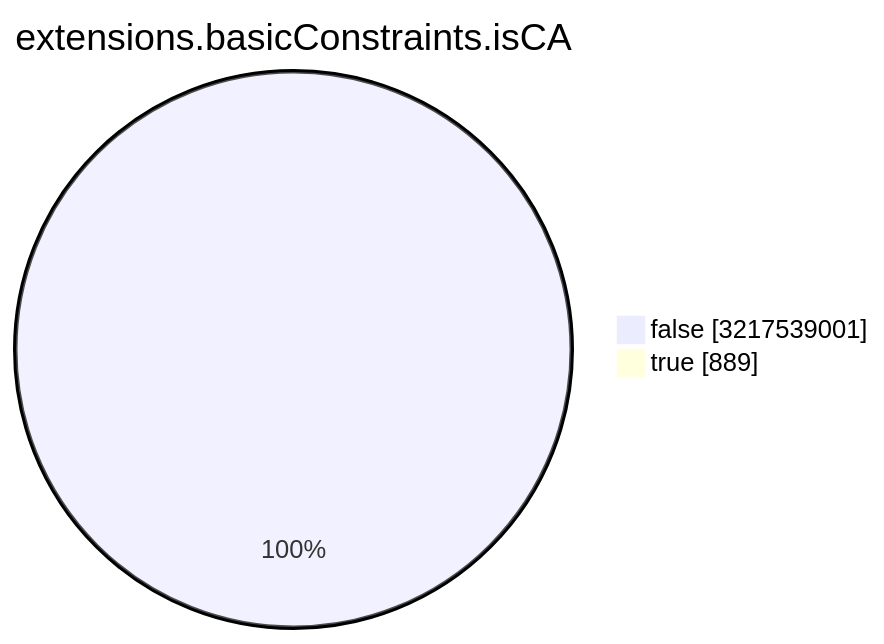
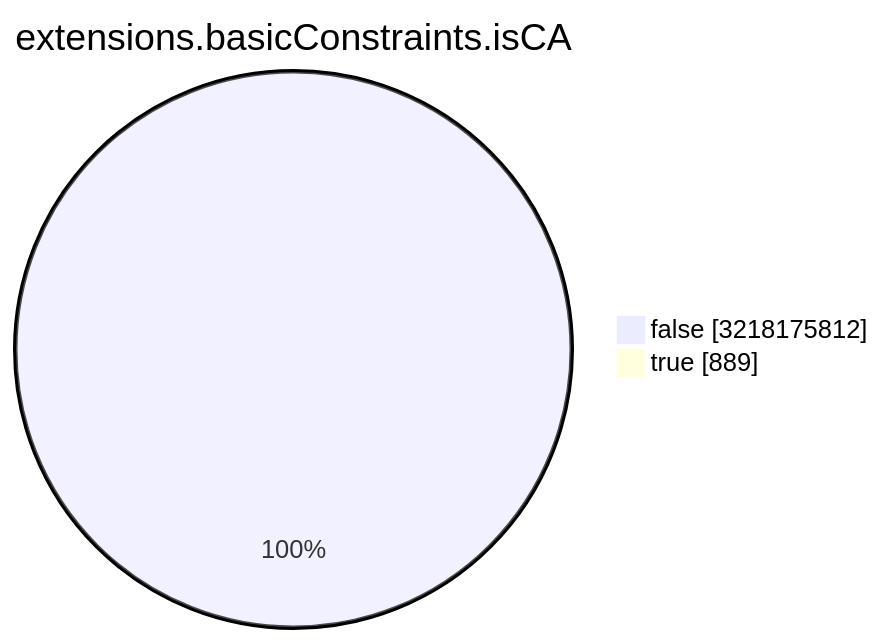
The seventh of 15 diagrams in TOTAL/README.md (christiankrug/ctmonitor_visualization), drawn with Mermaid before and after one commit. The commit also changed other lines of this file, not shown here.

````diff
--- a/TOTAL/README.md
+++ b/TOTAL/README.md
@@ -3088,6 +3088,6 @@
 ```mermaid
 pie showData
 title extensions.basicConstraints.isCA
-"false" :3217539001
+"false" :3218175812
 "true" :889
 ```
````
